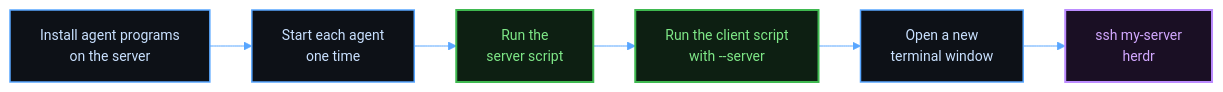
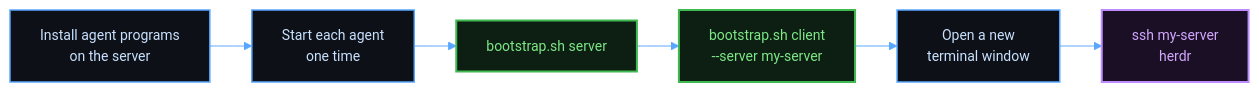
One commit to MussaCharles/herdspace changed the first of 5 diagrams in docs/setup.md. Above: the diagram before and after it, drawn with Mermaid. The commit also changed other lines of this file and 7 other files, not shown here.

````diff
--- a/docs/setup.md
+++ b/docs/setup.md
@@ -7,22 +7,22 @@
 ```mermaid
 %%{init: {'theme': 'base', 'themeVariables': {
   'fontFamily': 'Menlo, Consolas, Courier New, monospace', 'fontSize': '14px',
   'primaryColor': '#0d1117', 'primaryTextColor': '#e6edf3', 'primaryBorderColor': '#3fb950',
   'textColor': '#e6edf3', 'lineColor': '#58a6ff', 'secondaryColor': '#161b22', 'tertiaryColor': '#0d1117',
   'edgeLabelBackground': '#0b0f14', 'clusterBkg': '#0b0f14', 'clusterBorder': '#30363d', 'titleColor': '#d2a8ff',
   'actorBkg': '#0d1f12', 'actorBorder': '#3fb950', 'actorTextColor': '#7ee787', 'actorLineColor': '#30363d',
   'signalColor': '#58a6ff', 'signalTextColor': '#e6edf3', 'sequenceNumberColor': '#0b0f14'
 }, 'flowchart': {'curve': 'basis', 'nodeSpacing': 34, 'rankSpacing': 42, 'wrappingWidth': 340}}}%%
 flowchart LR
   classDef cmd fill:#0d1f12,stroke:#3fb950,stroke-width:2px,color:#7ee787
   classDef step fill:#0d1117,stroke:#58a6ff,stroke-width:1.5px,color:#c9e1ff
   classDef ask fill:#2a2000,stroke:#e3b341,stroke-width:2px,color:#f2cc60
   classDef host fill:#1a0f24,stroke:#bc8cff,stroke-width:2px,color:#d2a8ff
   classDef data fill:#082028,stroke:#39c5cf,stroke-width:1.5px,color:#a5f3fc
   classDef stop fill:#2a0f12,stroke:#ff7b72,stroke-width:2px,color:#ffa198
   a["Install agent programs<br/>on the server"]:::step --> b["Start each agent<br/>one time"]:::step
-  b --> c["Run the<br/>server script"]:::cmd
-  c --> d["Run the client script<br/>with --server"]:::cmd
+  b --> c["bootstrap.sh server"]:::cmd
+  c --> d["bootstrap.sh client<br/>--server my-server"]:::cmd
   d --> e["Open a new<br/>terminal window"]:::step
   e --> f["ssh my-server<br/>herdr"]:::host
 ```
````
